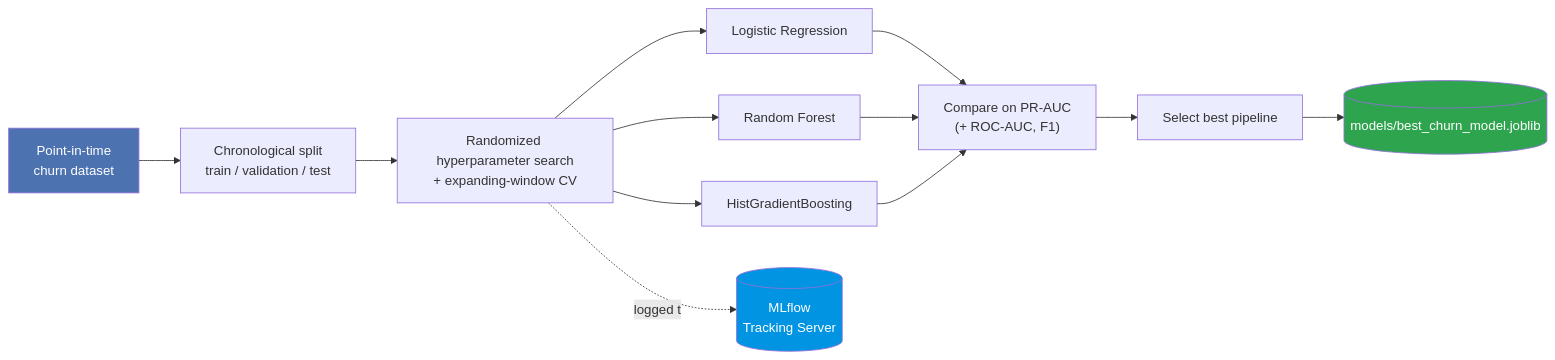
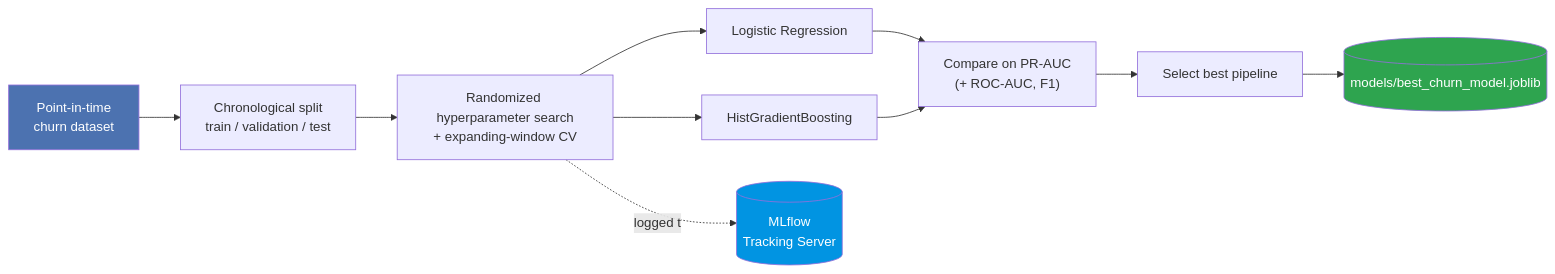
One commit to Harshithpatali/brazilian-ecommerce-data-science changed the third of 3 diagrams in README.md. Above: the diagram before and after it, drawn with Mermaid. The commit also changed other lines of this file, not shown here.

````diff
--- a/README.md
+++ b/README.md
@@ -266,18 +266,16 @@
 ```mermaid
 flowchart LR
     A["Point-in-time<br/>churn dataset"] --> B["Chronological split<br/>train / validation / test"]
     B --> C["Randomized hyperparameter search<br/>+ expanding-window CV"]
     C --> D1[Logistic Regression]
-    C --> D2[Random Forest]
     C --> D3[HistGradientBoosting]
     D1 --> E["Compare on PR-AUC<br/>(+ ROC-AUC, F1)"]
-    D2 --> E
     D3 --> E
     E --> F["Select best pipeline"]
     F --> G[("models/best_churn_model.joblib")]
     C -.logged to.-> M[("MLflow<br/>Tracking Server")]
 
     style A fill:#4c72b0,color:#fff
     style G fill:#2ea44f,color:#fff
     style M fill:#0194E2,color:#fff
 ```
````
